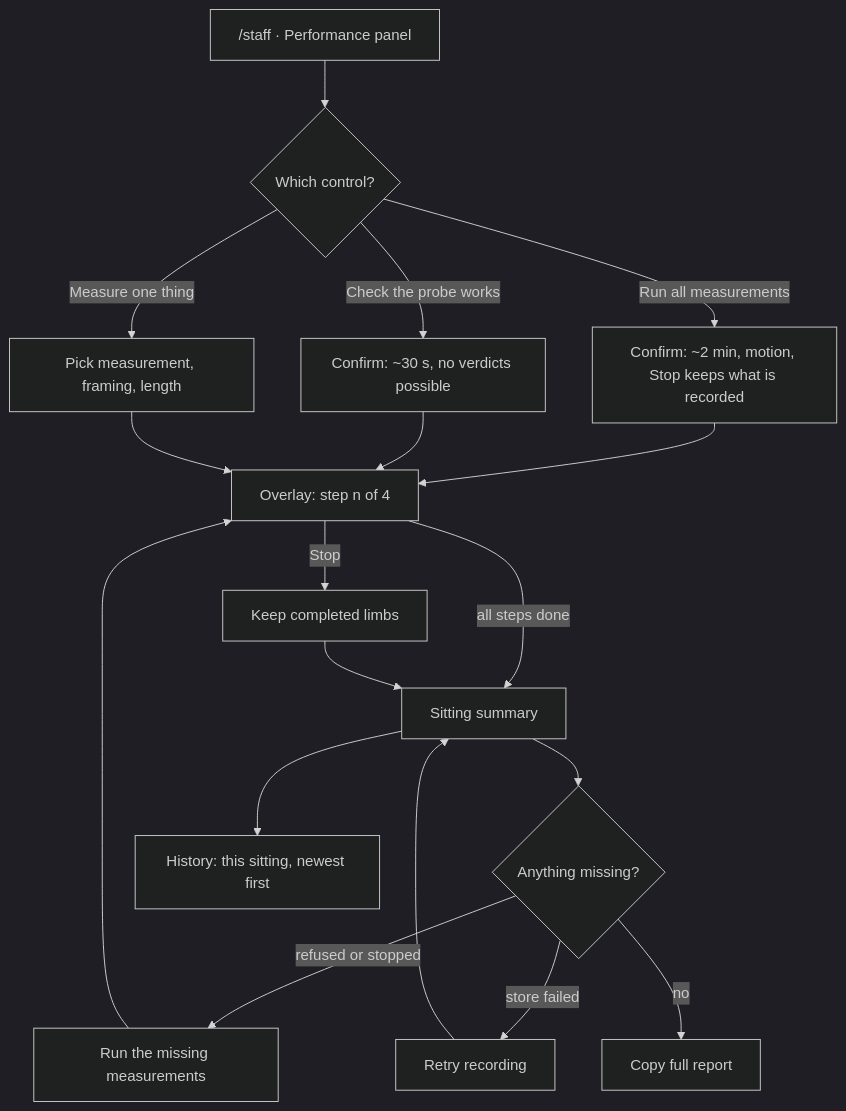
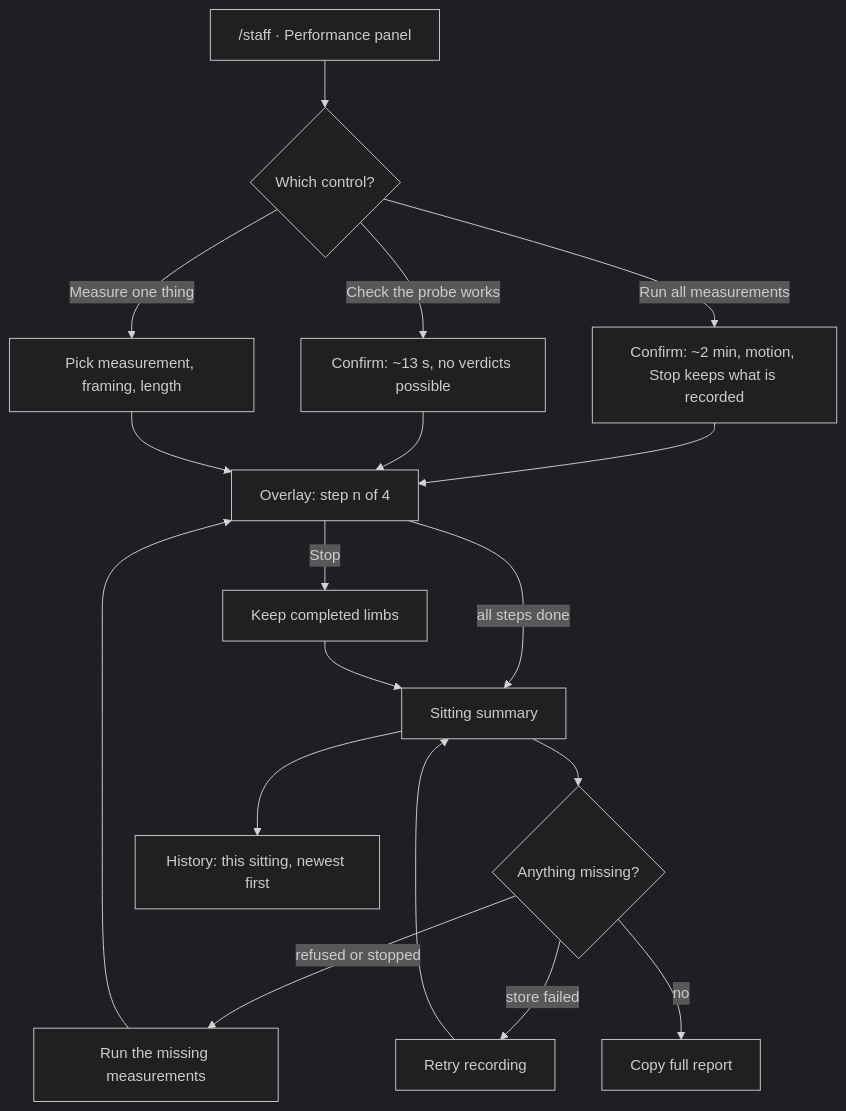
One commit to HuttonHomeHub/SchedulePoint_1 changed the third of 3 diagrams in docs/specs/probe-sweep/feature-spec.md. Above: the diagram before and after it, drawn with Mermaid (dark theme). The commit also changed other lines of this file and 30 other files, not shown here.

````diff
--- a/docs/specs/probe-sweep/feature-spec.md
+++ b/docs/specs/probe-sweep/feature-spec.md
@@ -700,20 +707,20 @@
 ```mermaid
 flowchart TD
   A["/staff · Performance panel"] --> B{Which control?}
   B -->|Run all measurements| C["Confirm: ~2 min, motion, Stop keeps what is recorded"]
-  B -->|Check the probe works| D["Confirm: ~30 s, no verdicts possible"]
+  B -->|Check the probe works| D["Confirm: ~13 s, no verdicts possible"]
   B -->|Measure one thing| E["Pick measurement, framing, length"]
   C --> F["Overlay: step n of 4"]
   D --> F
   E --> F
   F -->|Stop| G["Keep completed limbs"]
   F -->|all steps done| H["Sitting summary"]
   G --> H
   H --> I{Anything missing?}
   I -->|refused or stopped| J["Run the missing measurements"]
   I -->|store failed| K["Retry recording"]
   I -->|no| L["Copy full report"]
   J --> F
   K --> H
   H --> M["History: this sitting, newest first"]
 ```
````
